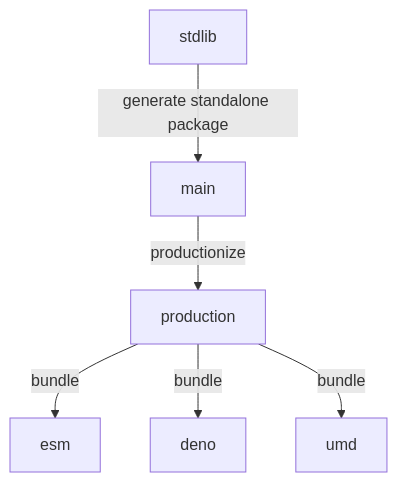
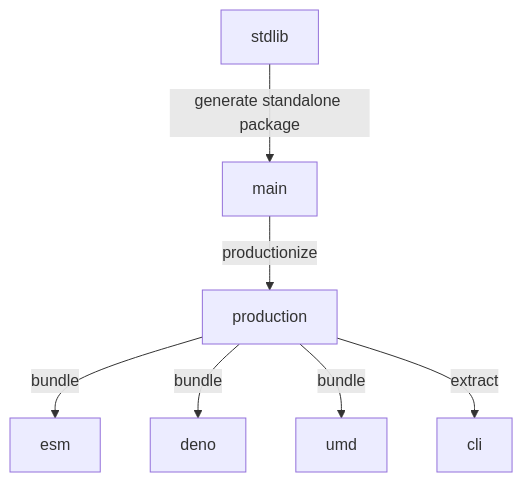
Before and after one commit to stdlib-js/namespace-pkg2alias: the diagram in branches.md, drawn with Mermaid. The commit also changed other lines of this file and 6 other files, not shown here.

````diff
--- a/branches.md
+++ b/branches.md
@@ -33,15 +34,17 @@
 ```mermaid
 graph TD;
 A[stdlib]-->|generate standalone package|B;
 B[main] -->|productionize| C[production];
 C -->|bundle| D[esm];
 C -->|bundle| E[deno];
 C -->|bundle| F[umd];
+C -->|extract| G[cli];
 
-click A href "https://github.com/stdlib-js/stdlib/tree/develop/lib/node_modules/%40stdlib/namespace/pkg2alias"
-click B href "https://github.com/stdlib-js/namespace-pkg2alias/tree/main"
-click C href "https://github.com/stdlib-js/namespace-pkg2alias/tree/production"
-click D href "https://github.com/stdlib-js/namespace-pkg2alias/tree/esm"
-click E href "https://github.com/stdlib-js/namespace-pkg2alias/tree/deno"
-click F href "https://github.com/stdlib-js/namespace-pkg2alias/tree/umd"
+%% click A href "https://github.com/stdlib-js/stdlib/tree/develop/lib/node_modules/%40stdlib/namespace/pkg2alias"
+%% click B href "https://github.com/stdlib-js/namespace-pkg2alias/tree/main"
+%% click C href "https://github.com/stdlib-js/namespace-pkg2alias/tree/production"
+%% click D href "https://github.com/stdlib-js/namespace-pkg2alias/tree/esm"
+%% click E href "https://github.com/stdlib-js/namespace-pkg2alias/tree/deno"
+%% click F href "https://github.com/stdlib-js/namespace-pkg2alias/tree/umd"
+%% click G href "https://github.com/stdlib-js/namespace-pkg2alias/tree/cli"
 ```
````
